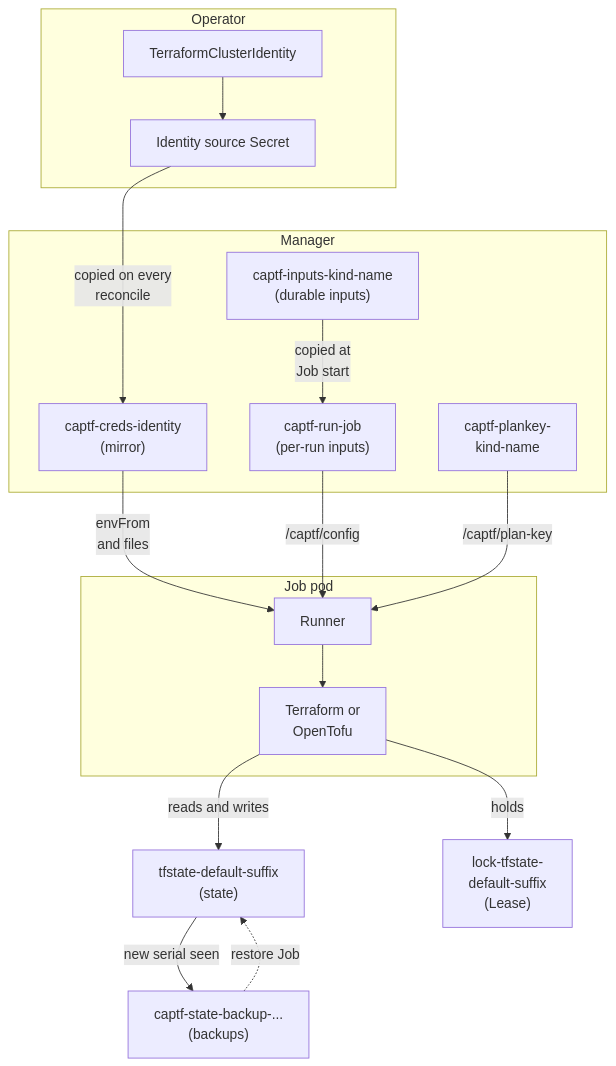
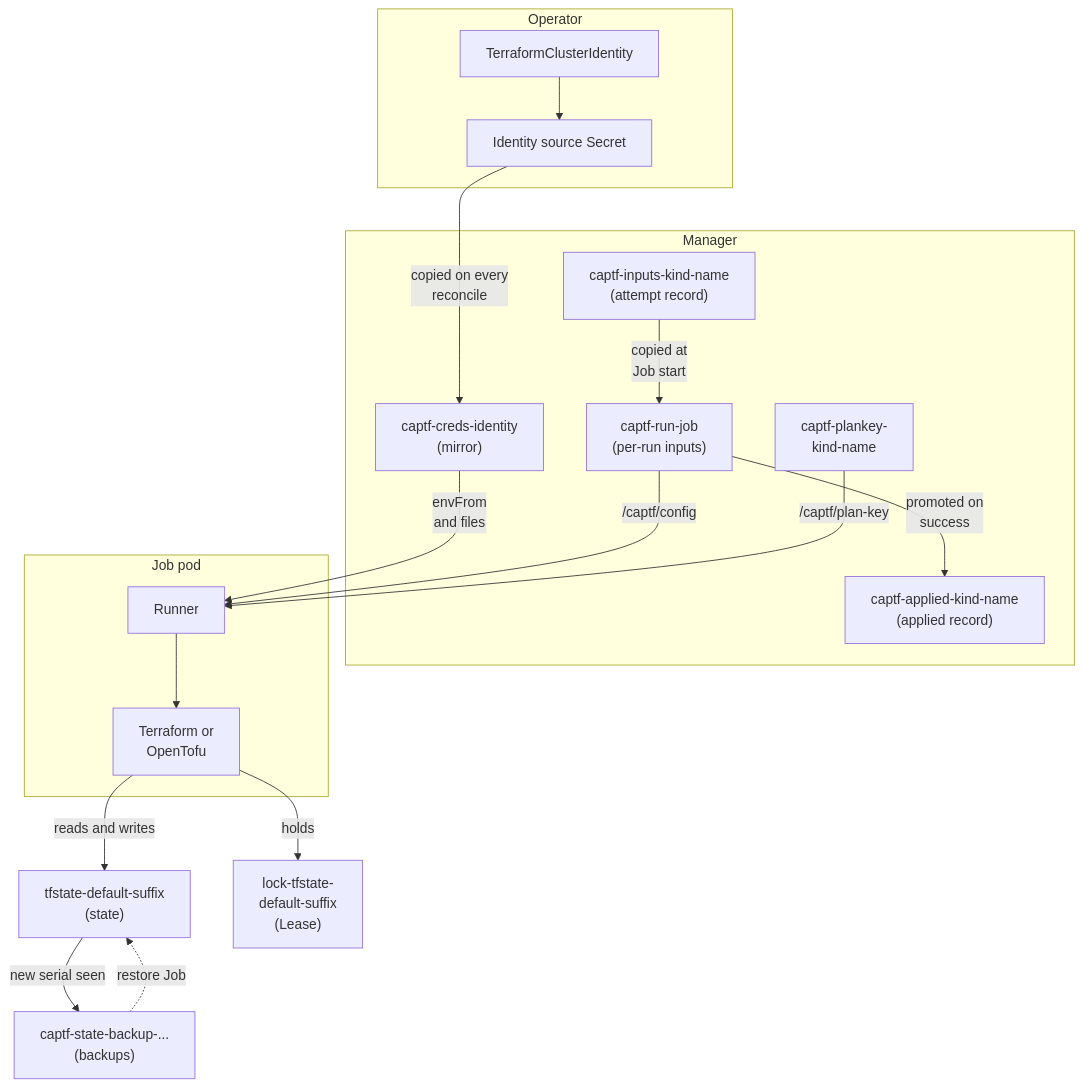
The diagram in docs/docs/concepts/secret-management/README.md (captf-io/captf-io.github.io), drawn with Mermaid before and after one commit. The commit also changed other lines of this file and 23 other files, not shown here.

First line of the commit message:
docs: describe attempt and applied inputs

````diff
--- a/docs/docs/concepts/secret-management/README.md
+++ b/docs/docs/concepts/secret-management/README.md
@@ -149,29 +150,31 @@
 ```mermaid
 flowchart TD
     subgraph ops[Operator]
         ID["TerraformClusterIdentity"] --> SRC["Identity source Secret"]
     end
     subgraph mgr[Manager]
         MIR["captf-creds-identity<br/>(mirror)"]
-        DUR["captf-inputs-kind-name<br/>(durable inputs)"]
+        DUR["captf-inputs-kind-name<br/>(attempt record)"]
+        APP["captf-applied-kind-name<br/>(applied record)"]
         RUN["captf-run-job<br/>(per-run inputs)"]
         KEY["captf-plankey-<br/>kind-name"]
         DUR -->|"copied at<br/>Job start"| RUN
+        RUN -->|"promoted on<br/>success"| APP
     end
     subgraph job[Job pod]
         R["Runner"] --> TF["Terraform or<br/>OpenTofu"]
     end
     ST["tfstate-default-suffix<br/>(state)"]
     LK["lock-tfstate-<br/>default-suffix<br/>(Lease)"]
     BAK["captf-state-backup-...<br/>(backups)"]
 
     SRC -->|"copied on every<br/>reconcile"| MIR
     SRC ~~~ DUR
     MIR -->|"envFrom<br/>and files"| R
     RUN -->|"/captf/config"| R
     KEY -->|"/captf/plan-key"| R
     TF -->|"reads and writes"| ST
     TF -->|"holds"| LK
     ST -->|"new serial seen"| BAK
     BAK -.->|"restore Job"| ST
 ```
````
